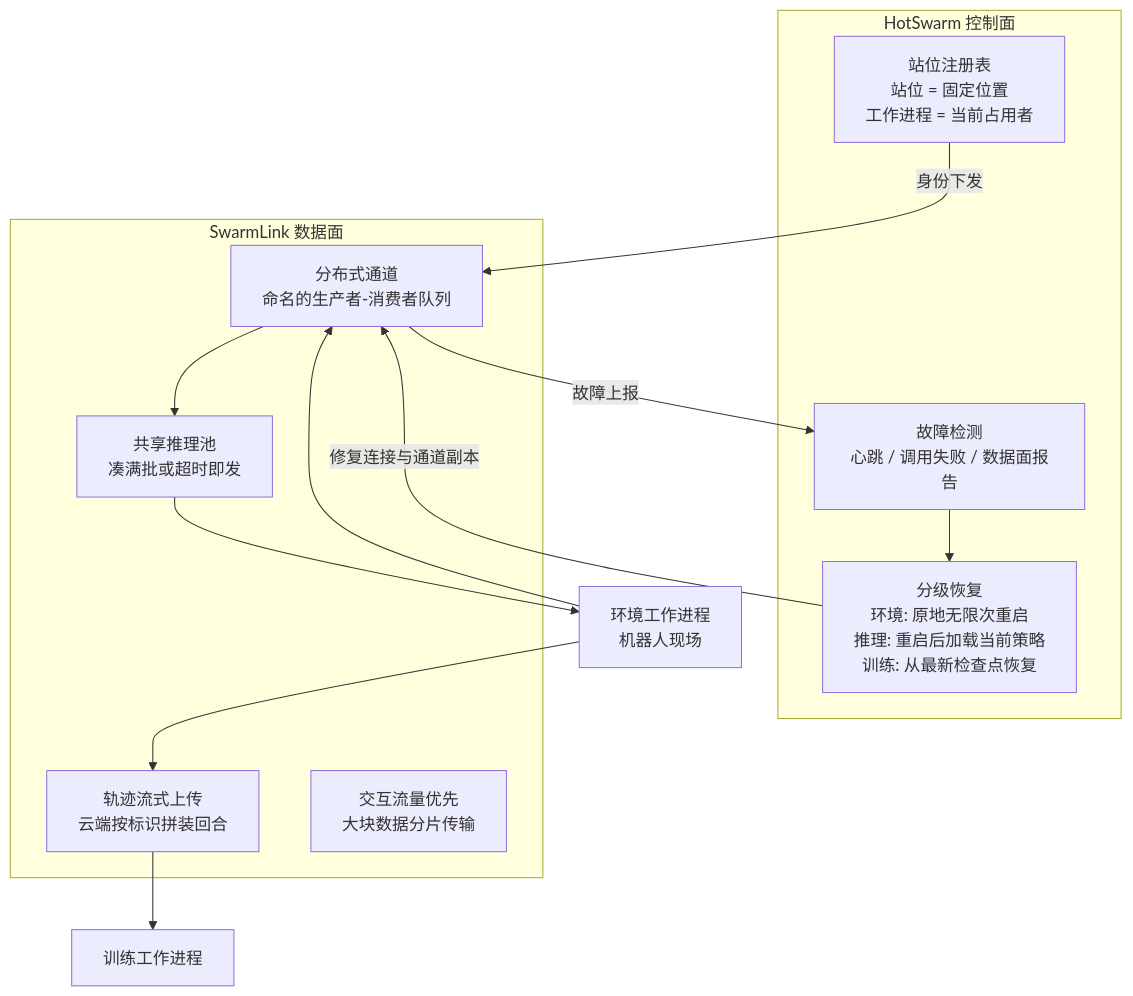
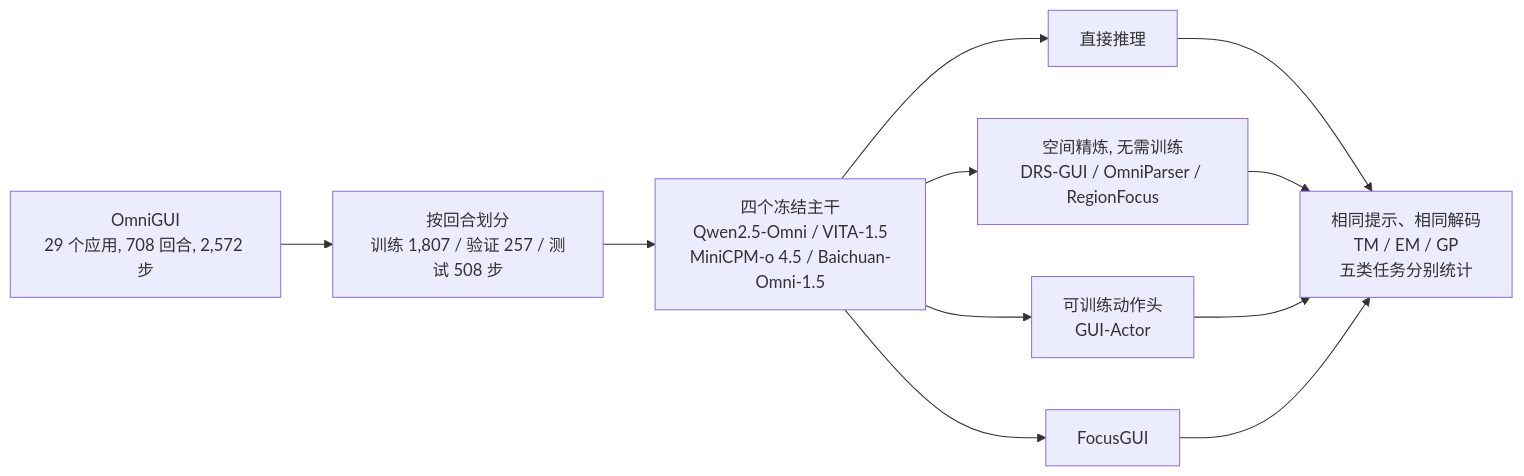
Before and after one commit to yingwang/paper-reads: the seventh of 7 diagrams in docs/index.md, drawn with Mermaid. The commit also changed other lines of this file and 2 other files, not shown here.

First line of the commit message:
Add 2026-10-21-focusgui-focused-omni-modal-gui-agents

````diff
--- a/docs/index.md
+++ b/docs/index.md
@@ -268,23 +389,10 @@
 ```mermaid
-flowchart TB
-    subgraph 控制面["HotSwarm 控制面"]
-        REG["站位注册表<br/>站位 = 固定位置<br/>工作进程 = 当前占用者"]
-        DET["故障检测<br/>心跳 / 调用失败 / 数据面报告"]
-        REC["分级恢复<br/>环境: 原地无限次重启<br/>推理: 重启后加载当前策略<br/>训练: 从最新检查点恢复"]
-    end
-    subgraph 数据面["SwarmLink 数据面"]
-        CH["分布式通道<br/>命名的生产者-消费者队列"]
-        SI["共享推理池<br/>凑满批或超时即发"]
-        TS["轨迹流式上传<br/>云端按标识拼装回合"]
-        PRIO["交互流量优先<br/>大块数据分片传输"]
-    end
-    ENV["环境工作进程<br/>机器人现场"] --> CH
-    CH --> SI
-    SI --> ENV
-    ENV --> TS
-    TS --> TRN["训练工作进程"]
-    REG -->|身份下发| CH
-    CH -->|故障上报| DET
-    DET --> REC
-    REC -->|修复连接与通道副本| CH
+flowchart LR
+    DATA["OmniGUI<br/>29 个应用, 708 回合, 2,572 步"] --> SPLIT["按回合划分<br/>训练 1,807 / 验证 257 / 测试 508 步"]
+    SPLIT --> BB["四个冻结主干<br/>Qwen2.5-Omni / VITA-1.5<br/>MiniCPM-o 4.5 / Baichuan-Omni-1.5"]
+    BB --> M1["直接推理"]
+    BB --> M2["空间精炼, 无需训练<br/>DRS-GUI / OmniParser / RegionFocus"]
+    BB --> M3["可训练动作头<br/>GUI-Actor"]
+    BB --> M4["FocusGUI"]
+    M1 & M2 & M3 & M4 --> EVAL["相同提示、相同解码<br/>TM / EM / GP<br/>五类任务分别统计"]
 ```
````
